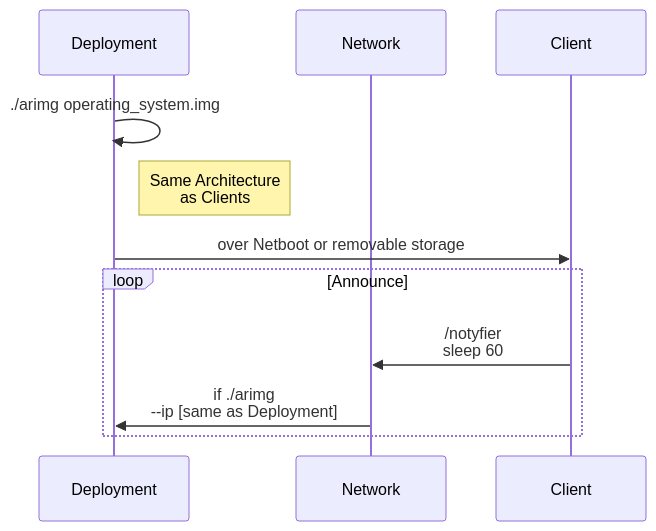
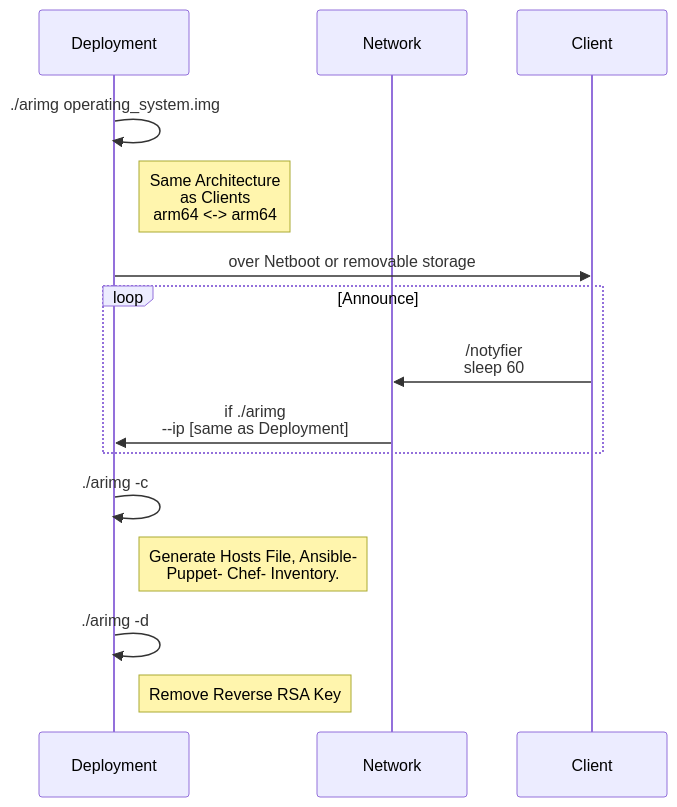
Before and after one commit to swaaws/ARiMg: the second of 2 diagrams in chart.md, drawn with Mermaid.

Commit message:
Modifyed Deployment Chart

````diff
--- a/chart.md
+++ b/chart.md
@@ -19,20 +19,22 @@
 ```mermaid
 sequenceDiagram
     participant Deployment
     participant Network
     participant Client    
 
     Deployment->>Deployment: ./arimg operating_system.img
 
-    Note right of Deployment: Same Architecture <br/>as Clients
+    Note right of Deployment: Same Architecture <br/>as Clients<br/> arm64 <-> arm64
 
     Deployment->>Client: over Netboot or removable storage
     loop Announce
         Client->>Network: /notyfier <br/>sleep 60
         Network->>Deployment: if ./arimg <br/>--ip [same as Deployment]
     end
+    Deployment->>Deployment: ./arimg -c
+    Note right of Deployment: Generate Hosts File, Ansible- <br/>Puppet- Chef- Inventory.
 
-
-
+    Deployment->>Deployment: ./arimg -d
+    Note right of Deployment: Remove Reverse RSA Key
 
 ```
````
